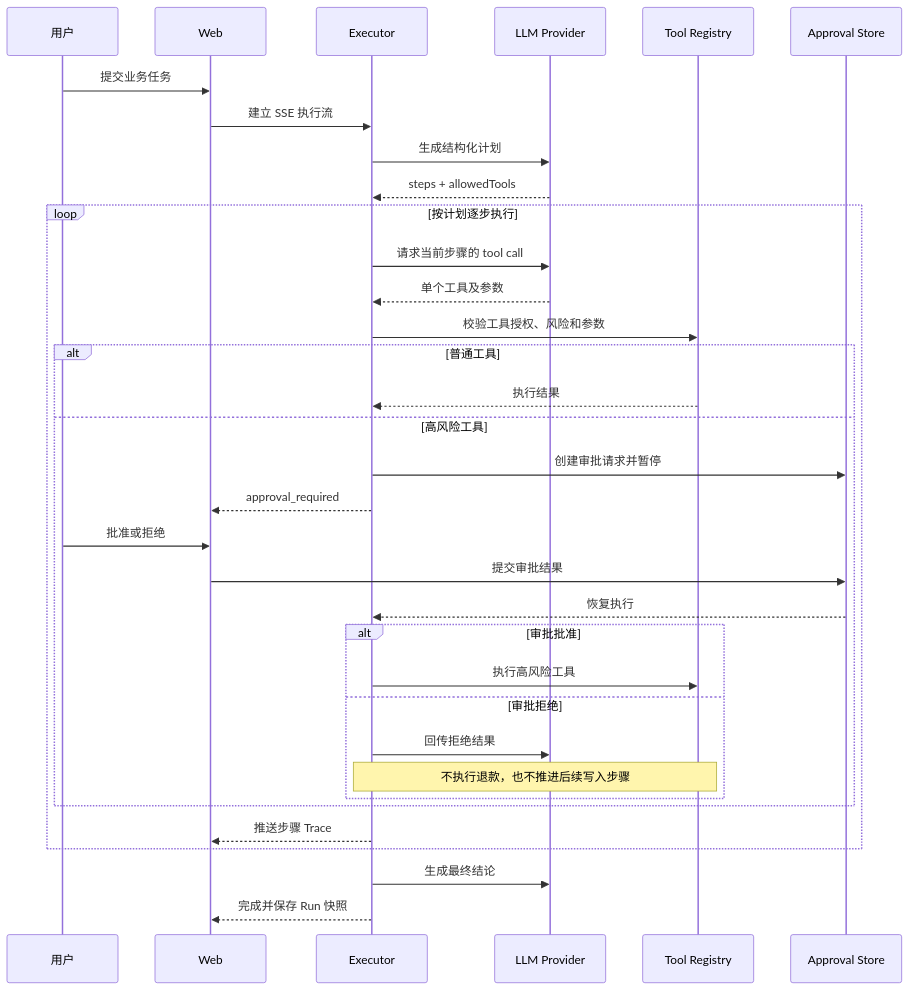
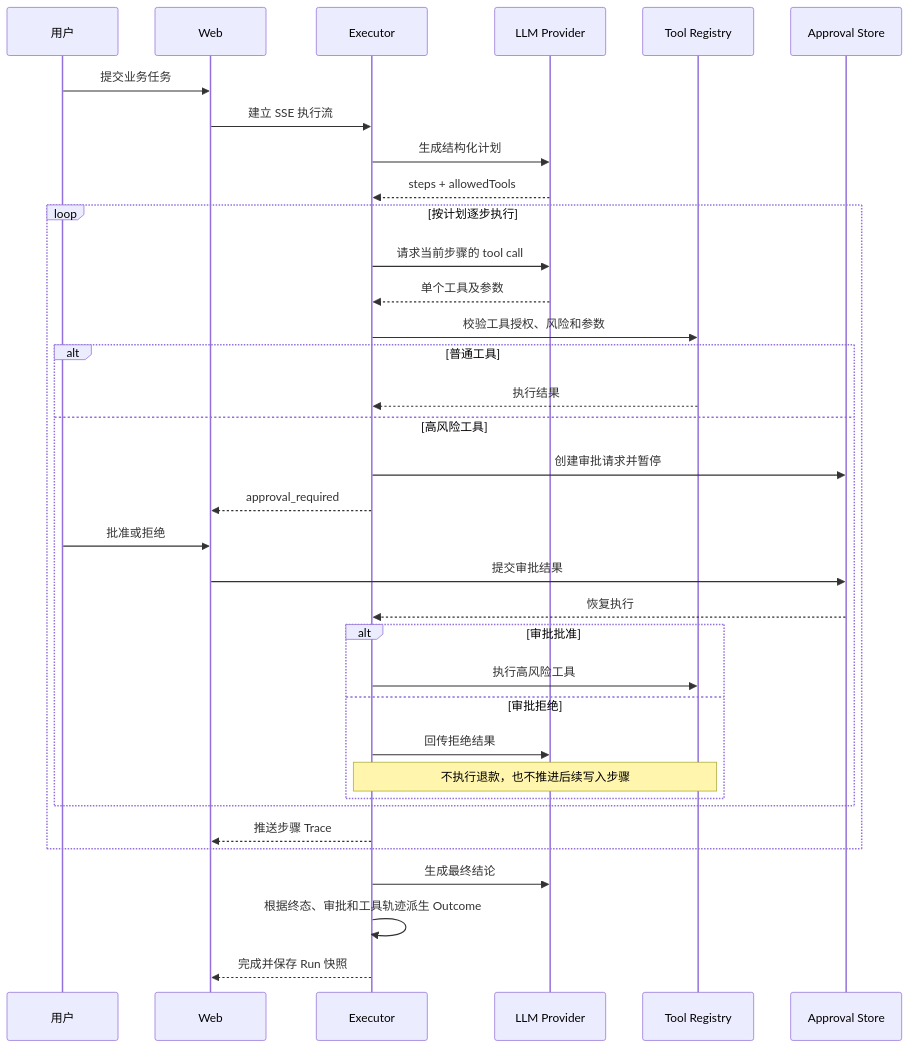
One commit to fageiu/AgentFlow changed the second of 2 diagrams in docs/architecture.md. Above: the diagram before and after it, drawn with Mermaid. The commit also changed other lines of this file and 12 other files, not shown here.

````diff
--- a/docs/architecture.md
+++ b/docs/architecture.md
@@ -30,39 +32,40 @@
 ```mermaid
 sequenceDiagram
     participant U as 用户
     participant W as Web
     participant E as Executor
     participant L as LLM Provider
     participant T as Tool Registry
     participant A as Approval Store
 
     U->>W: 提交业务任务
     W->>E: 建立 SSE 执行流
     E->>L: 生成结构化计划
     L-->>E: steps + allowedTools
 
     loop 按计划逐步执行
         E->>L: 请求当前步骤的 tool call
         L-->>E: 单个工具及参数
         E->>T: 校验工具授权、风险和参数
         alt 普通工具
             T-->>E: 执行结果
         else 高风险工具
             E->>A: 创建审批请求并暂停
             E-->>W: approval_required
             U->>W: 批准或拒绝
             W->>A: 提交审批结果
             A-->>E: 恢复执行
             alt 审批批准
                 E->>T: 执行高风险工具
             else 审批拒绝
                 E->>L: 回传拒绝结果
                 Note over E,T: 不执行退款，也不推进后续写入步骤
             end
         end
         E-->>W: 推送步骤 Trace
     end
 
     E->>L: 生成最终结论
+    E->>E: 根据终态、审批和工具轨迹派生 Outcome
     E-->>W: 完成并保存 Run 快照
 ```
````
